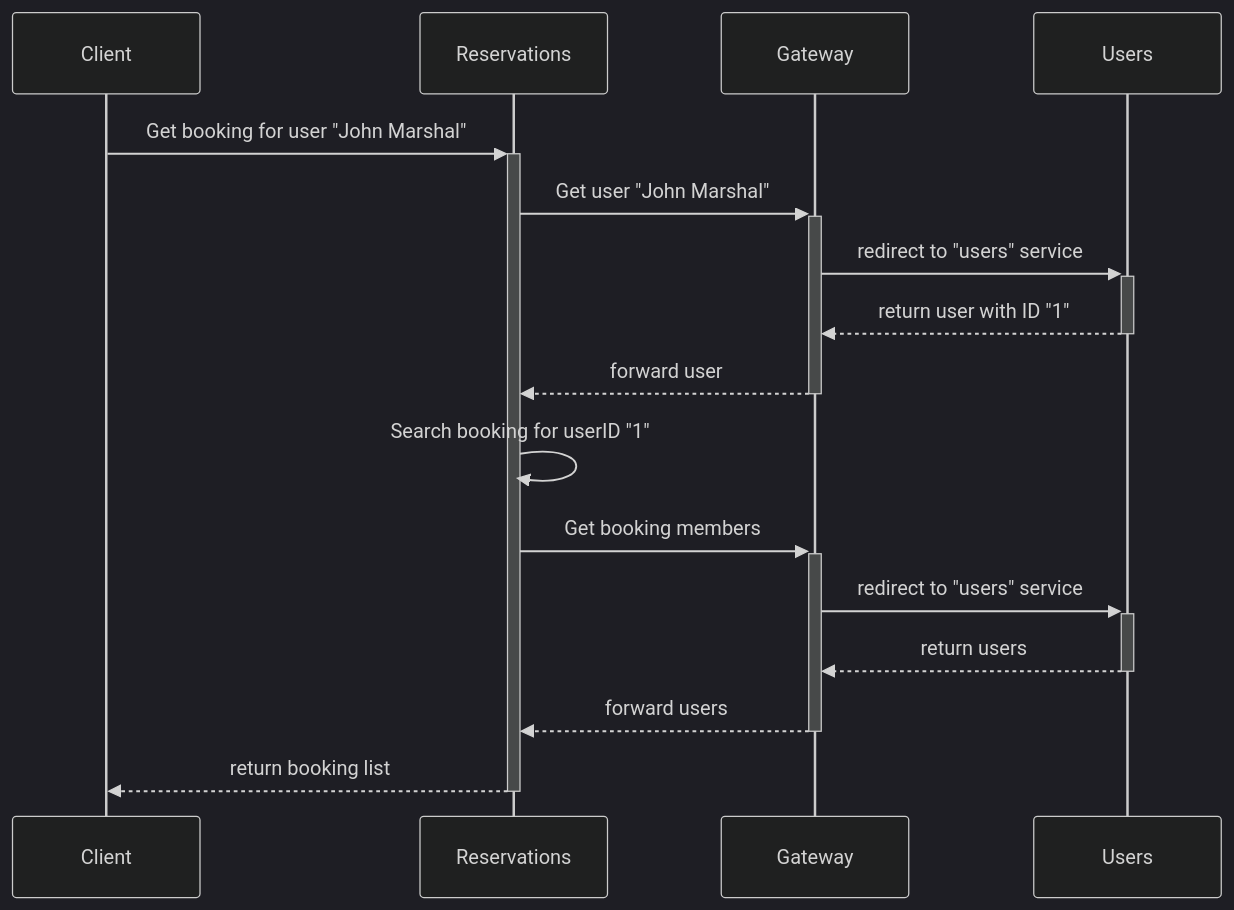
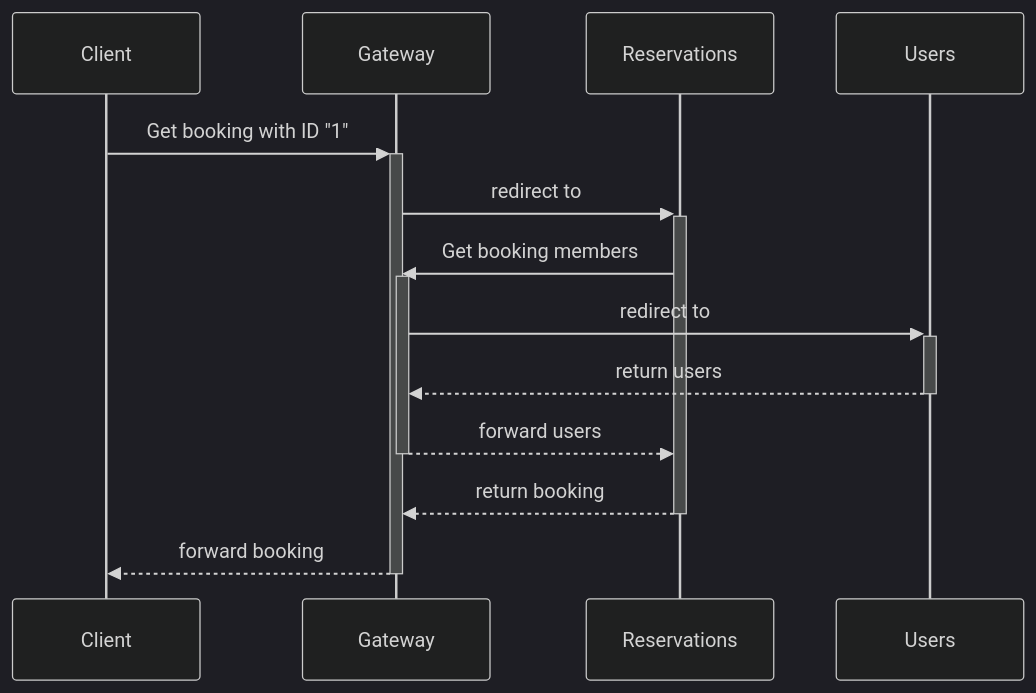
The first of 2 diagrams in docs/guide/real-life.md (smocker-dev/smocker), drawn with Mermaid (dark theme) before and after one commit. The commit also changed other lines of this file and 1 other file, not shown here.

````diff
--- a/docs/guide/real-life.md
+++ b/docs/guide/real-life.md
@@ -25,20 +25,16 @@
 ```mermaid
 sequenceDiagram
     participant C as Client
+    participant G as Gateway
     participant R as Reservations
-    participant G as Gateway
     participant U as Users
 
-    C->>+R: Get booking for user "John Marshal"
-    R->>+G: Get user "John Marshal"
-    G->>+U: redirect to "users" service
-    U-->>-G: return user with ID "1"
-    G-->>-R: forward user
-
-    R->>R: Search booking for userID "1"
+    C->>+G: Get booking with ID "1"
+    G->>+R: redirect to
     R->>+G: Get booking members
-    G->>+U: redirect to "users" service
+    G->>+U: redirect to
     U-->>-G: return users
     G-->>-R: forward users
-    R-->>-C: return booking list
+    R-->>-G: return booking
+    G-->>-C: forward booking
 ```
````
